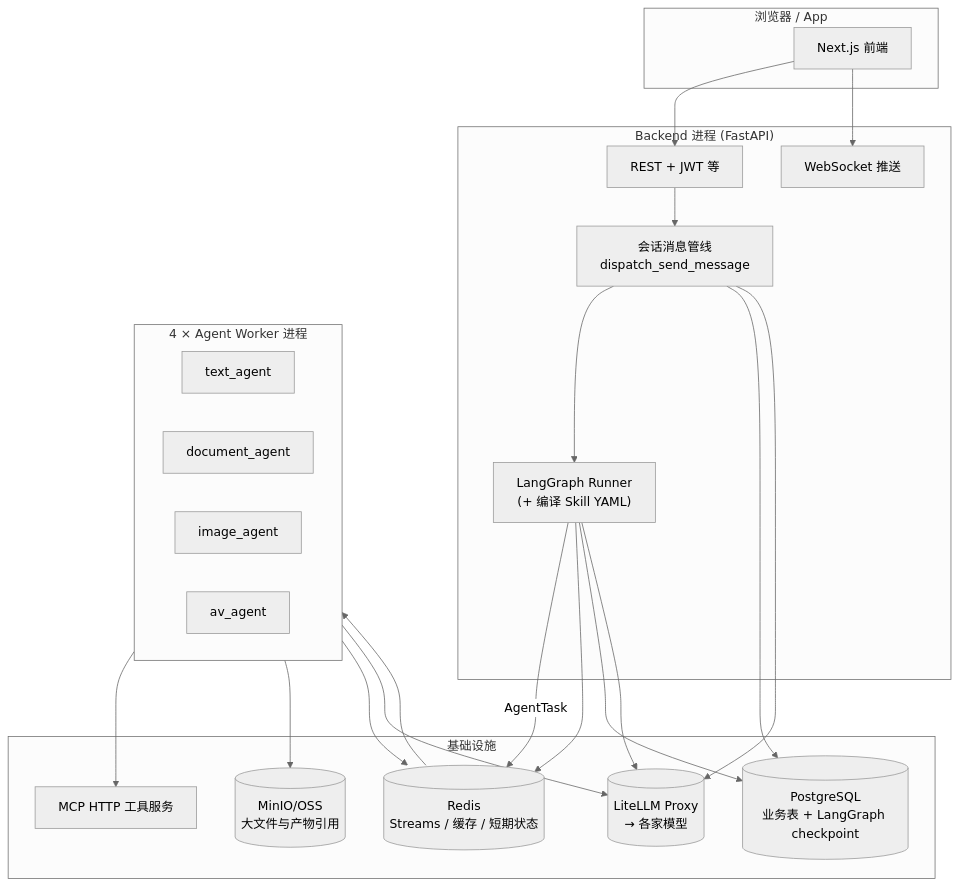
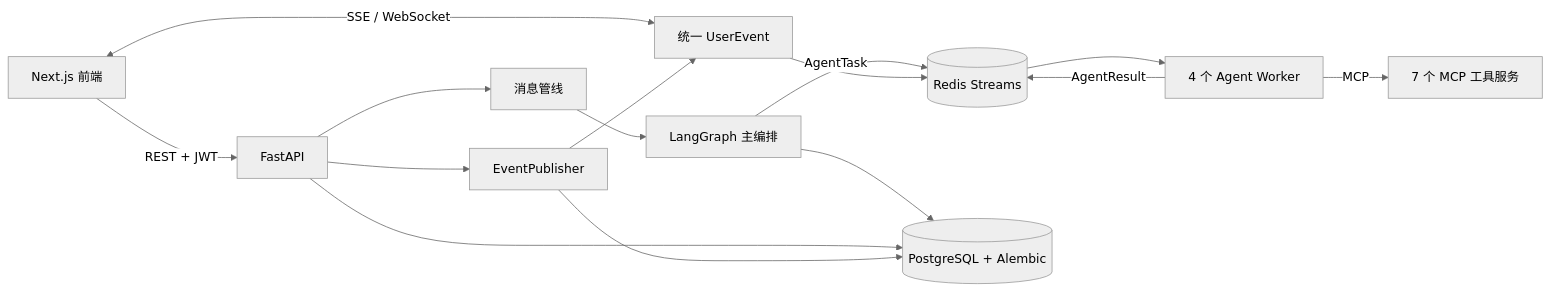
Before and after one commit to Benjamindaoson/youle_03: the diagram in README.md, drawn with Mermaid (neutral theme). The commit also changed other lines of this file and 6 other files, not shown here.

````diff
--- a/README.md
+++ b/README.md
@@ -82,44 +21,17 @@
 ```mermaid
-flowchart TB
-    subgraph Client["浏览器 / App"]
-      FE["Next.js 前端"]
-    end
-
-    subgraph API["Backend 进程 (FastAPI)"]
-      HTTP["REST + JWT 等"]
-      WS["WebSocket 推送"]
-      MSG["会话消息管线\ndispatch_send_message"]
-      ORCH["LangGraph Runner\n(+ 编译 Skill YAML)"]
-    end
-
-    subgraph Workers["4 × Agent Worker 进程"]
-      W1["text_agent"]
-      W2["document_agent"]
-      W3["image_agent"]
-      W4["av_agent"]
-    end
-
-    subgraph Infra["基础设施"]
-      PG[(PostgreSQL\n业务表 + LangGraph checkpoint)]
-      RD[(Redis\nStreams / 缓存 / 短期状态)]
-      OSS[(MinIO/OSS\n大文件与产物引用)]
-      LLM[(LiteLLM Proxy\n→ 各家模型)]
-      MCP["MCP HTTP 工具服务"]
-    end
-
-    FE --> HTTP
-    FE --> WS
-    HTTP --> MSG
-    MSG --> ORCH
-    ORCH -->|"AgentTask"| RD
-    RD --> Workers
-    Workers --> MCP
-    Workers --> OSS
-    Workers --> RD
-    ORCH --> RD
-    ORCH --> PG
-    MSG --> PG
-    ORCH --> LLM
-    Workers --> LLM
-    MSG --> LLM
+flowchart LR
+    UI["Next.js 前端"] -->|"REST + JWT"| API["FastAPI"]
+    UI <-->|"SSE / WebSocket"| EVENTS["统一 UserEvent"]
+    API --> PIPE["消息管线"]
+    PIPE --> ORCH["LangGraph 主编排"]
+    ORCH -->|"AgentTask"| REDIS[("Redis Streams")]
+    REDIS --> WORKERS["4 个 Agent Worker"]
+    WORKERS -->|"MCP"| TOOLS["7 个 MCP 工具服务"]
+    WORKERS -->|"AgentResult"| REDIS
+    ORCH --> PG[("PostgreSQL + Alembic")]
+    API --> PG
+    API --> PUB["EventPublisher"]
+    PUB --> PG
+    PUB --> EVENTS
+    EVENTS --> REDIS
 ```
````
